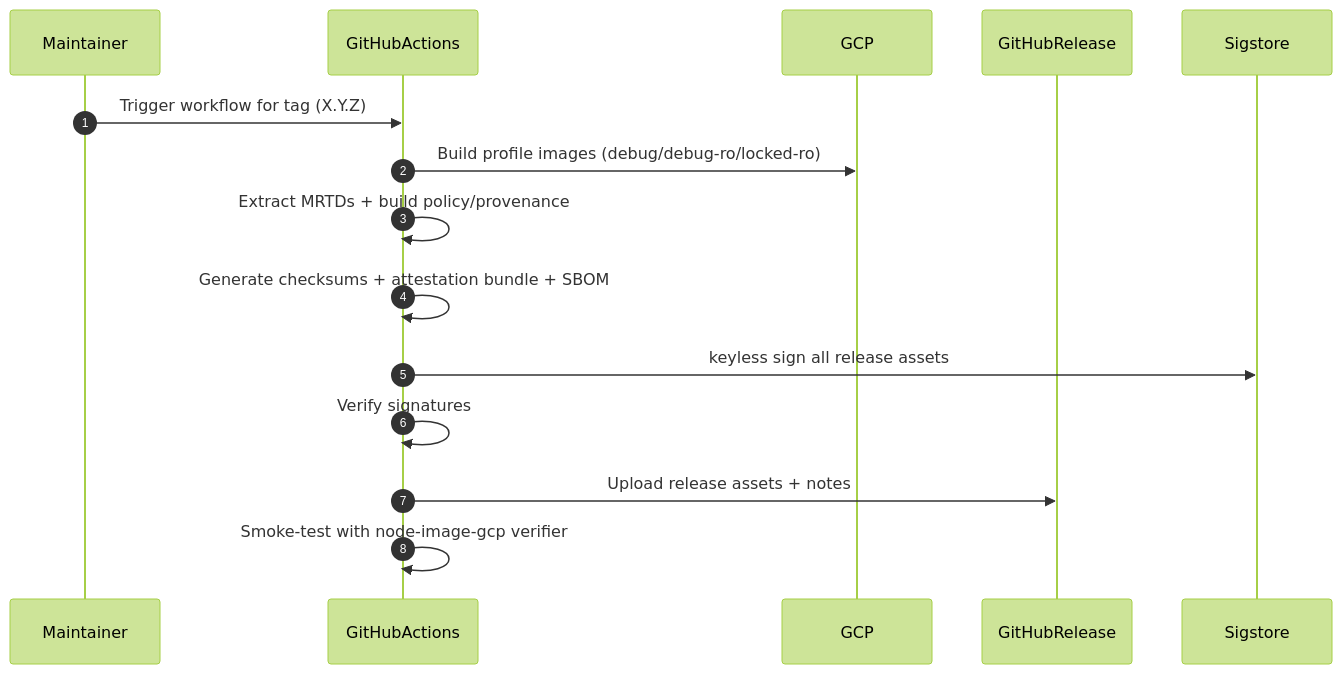
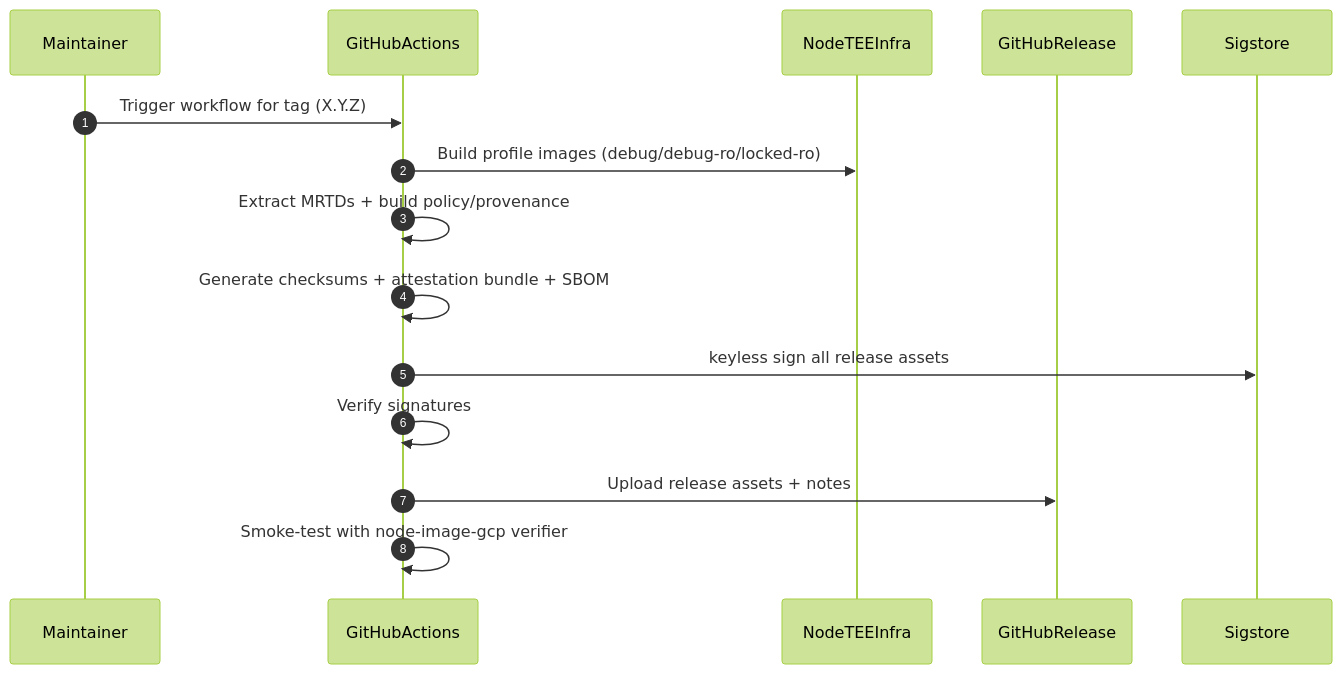
One commit to calimero-network/mero-tee changed the diagram in docs/diagrams/src/release-node-image-sequence.mmd. Above: the diagram before and after it, drawn with Mermaid (forest theme). The commit also changed 25 other files, not shown here.

```diff
--- a/docs/diagrams/src/release-node-image-sequence.mmd
+++ b/docs/diagrams/src/release-node-image-sequence.mmd
@@ -1,16 +1,16 @@
 sequenceDiagram
   autonumber
   participant Maintainer
   participant GitHubActions
-  participant GCP
+  participant NodeTEEInfra
   participant GitHubRelease
   participant Sigstore
 
   Maintainer->>GitHubActions: Trigger workflow for tag (X.Y.Z)
-  GitHubActions->>GCP: Build profile images (debug/debug-ro/locked-ro)
+  GitHubActions->>NodeTEEInfra: Build profile images (debug/debug-ro/locked-ro)
   GitHubActions->>GitHubActions: Extract MRTDs + build policy/provenance
   GitHubActions->>GitHubActions: Generate checksums + attestation bundle + SBOM
   GitHubActions->>Sigstore: keyless sign all release assets
   GitHubActions->>GitHubActions: Verify signatures
   GitHubActions->>GitHubRelease: Upload release assets + notes
   GitHubActions->>GitHubActions: Smoke-test with node-image-gcp verifier
```
